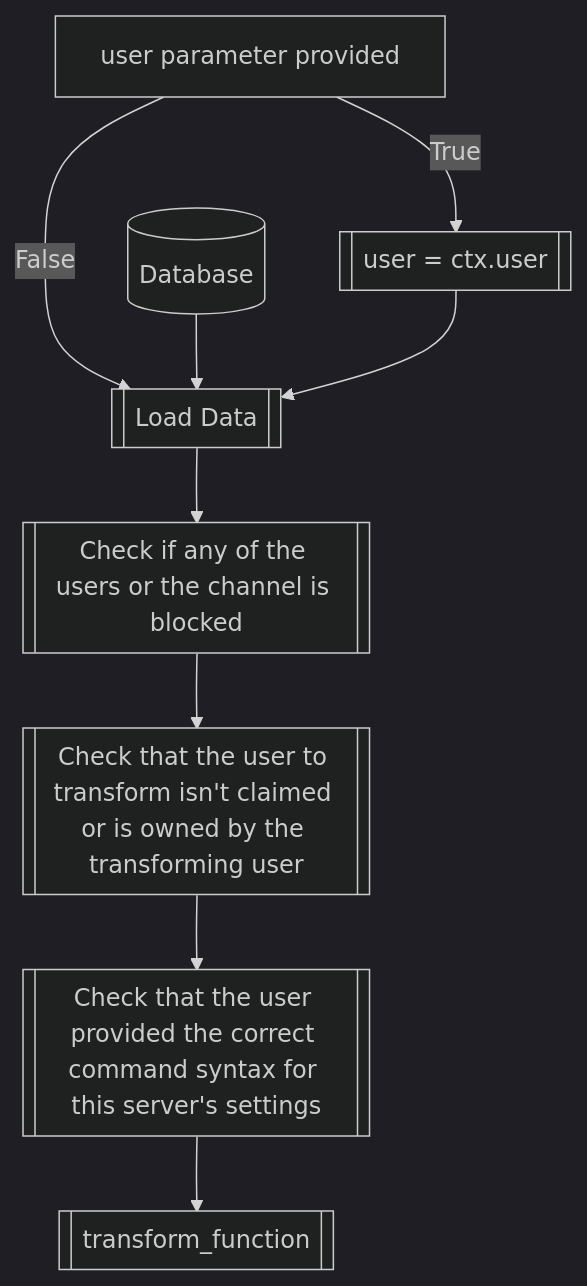
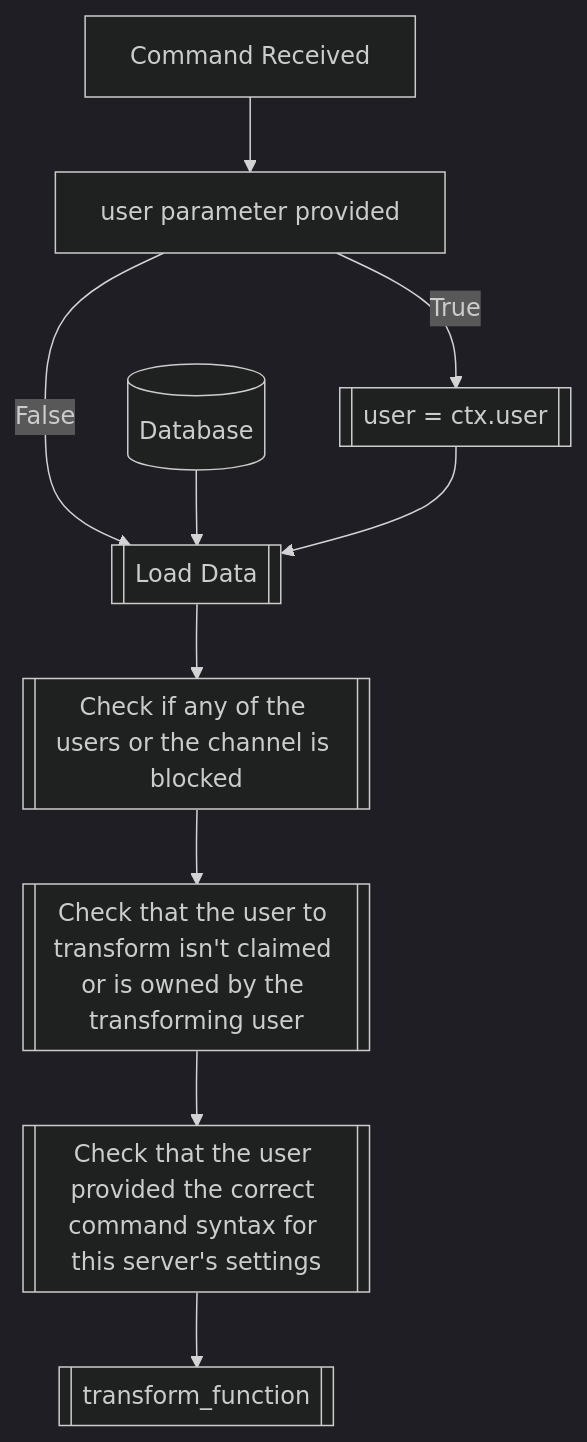
Before and after one commit to dorythecat/TransforMate: the first of 2 diagrams in docs/commands/transformation/transform.md, drawn with Mermaid (dark theme). The commit also changed 6 other files, not shown here.

Commit message:
Made command documentation flow graphs better

````diff
--- a/docs/commands/transformation/transform.md
+++ b/docs/commands/transformation/transform.md
@@ -48,12 +48,12 @@
 ```mermaid
 flowchart TD
-    CheckUser[user parameter provided]
+    CommandReceived[Command Received] --> CheckUser[user parameter provided]
     CheckUser --> |False| LoadData[[Load Data]]
     CheckUser --> |True| AssignUser[[user = ctx.user]]
     Database[(Database)] --> LoadData
     AssignUser --> LoadData
     LoadData --> CheckBlocked[[Check if any of the users or the channel is blocked]]
     CheckBlocked --> CheckClaim[[Check that the user to transform isn't claimed or is owned by the transforming user]]
     CheckClaim --> CheckSyntax[[Check that the user provided the correct command syntax for this server's settings]]
     CheckSyntax --> TransformFunction[[transform_function]]
 ```
````
